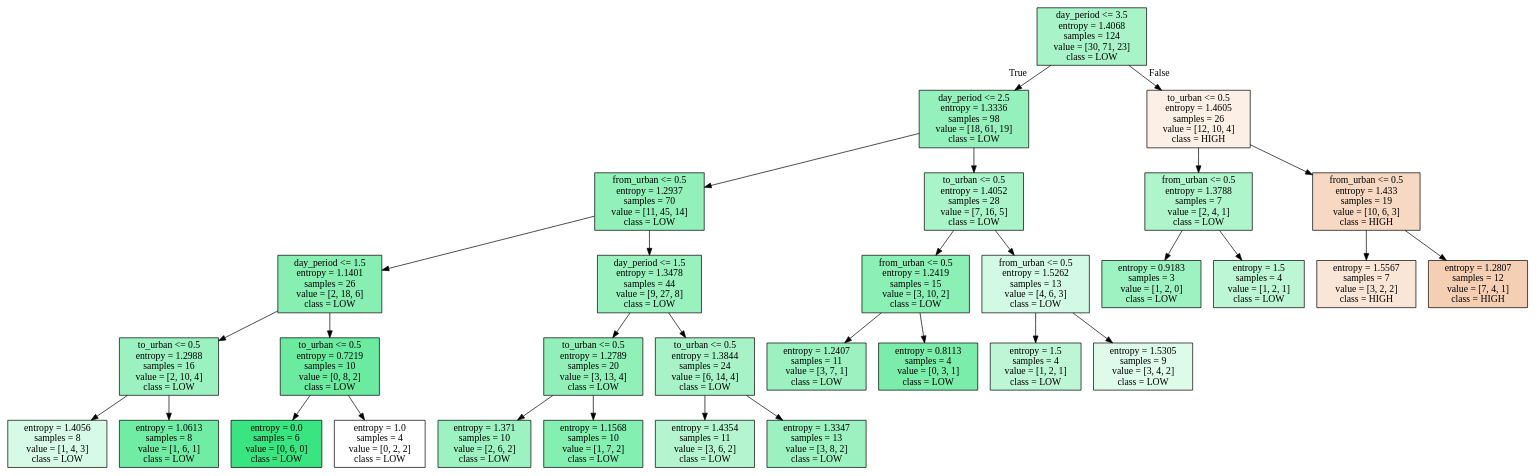
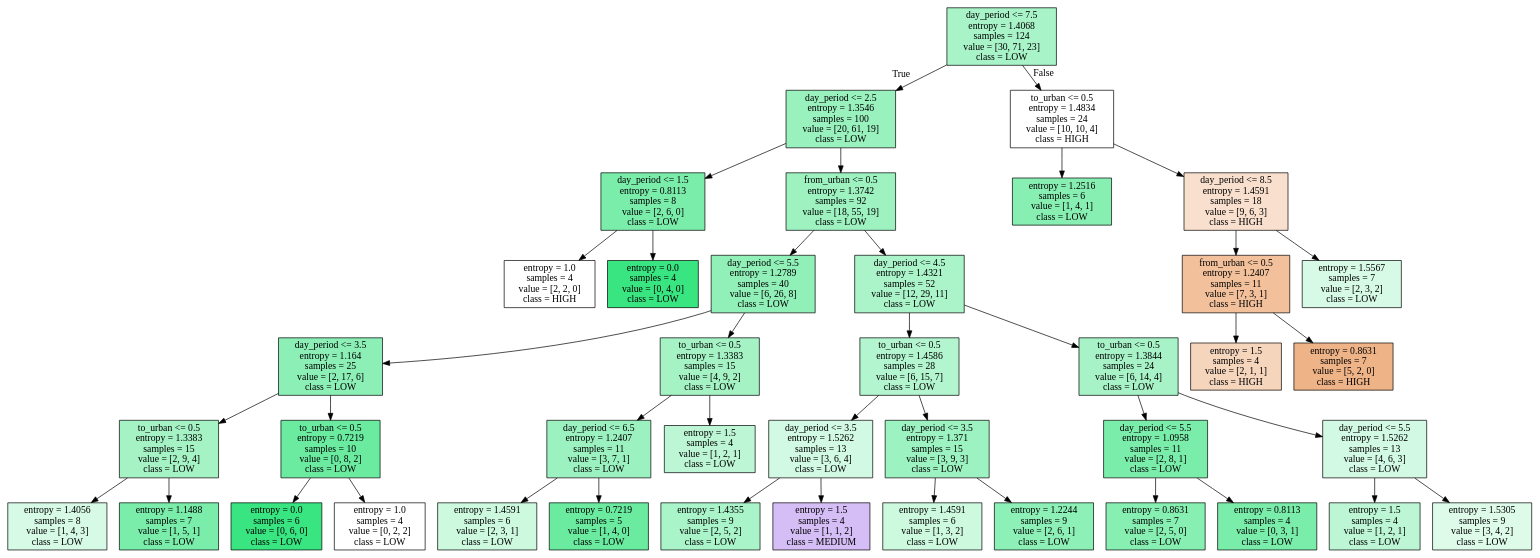
The diagram in SATURDAY_iris.dot (alexdaube/BelgianTrainsOccupancy), drawn with Graphviz before and after one commit. The commit also changed 17 other files, not shown here.

```diff
--- a/SATURDAY_iris.dot
+++ b/SATURDAY_iris.dot
@@ -1,64 +1,84 @@
 digraph Tree {
 node [shape=box, style="filled", color="black"] ;
-0 [label="day_period <= 3.5\nentropy = 1.4068\nsamples = 124\nvalue = [30, 71, 23]\nclass = LOW", fillcolor="#39e5816f"] ;
-1 [label="day_period <= 2.5\nentropy = 1.3336\nsamples = 98\nvalue = [18, 61, 19]\nclass = LOW", fillcolor="#39e58188"] ;
+0 [label="day_period <= 7.5\nentropy = 1.4068\nsamples = 124\nvalue = [30, 71, 23]\nclass = LOW", fillcolor="#39e5816f"] ;
+1 [label="day_period <= 2.5\nentropy = 1.3546\nsamples = 100\nvalue = [20, 61, 19]\nclass = LOW", fillcolor="#39e58183"] ;
 0 -> 1 [labeldistance=2.5, labelangle=45, headlabel="True"] ;
-2 [label="from_urban <= 0.5\nentropy = 1.2937\nsamples = 70\nvalue = [11, 45, 14]\nclass = LOW", fillcolor="#39e5818d"] ;
+2 [label="day_period <= 1.5\nentropy = 0.8113\nsamples = 8\nvalue = [2, 6, 0]\nclass = LOW", fillcolor="#39e581aa"] ;
 1 -> 2 ;
-3 [label="day_period <= 1.5\nentropy = 1.1401\nsamples = 26\nvalue = [2, 18, 6]\nclass = LOW", fillcolor="#39e58199"] ;
+3 [label="entropy = 1.0\nsamples = 4\nvalue = [2, 2, 0]\nclass = HIGH", fillcolor="#e5813900"] ;
 2 -> 3 ;
-4 [label="to_urban <= 0.5\nentropy = 1.2988\nsamples = 16\nvalue = [2, 10, 4]\nclass = LOW", fillcolor="#39e58180"] ;
-3 -> 4 ;
-5 [label="entropy = 1.4056\nsamples = 8\nvalue = [1, 4, 3]\nclass = LOW", fillcolor="#39e58133"] ;
-4 -> 5 ;
-6 [label="entropy = 1.0613\nsamples = 8\nvalue = [1, 6, 1]\nclass = LOW", fillcolor="#39e581b6"] ;
-4 -> 6 ;
-7 [label="to_urban <= 0.5\nentropy = 0.7219\nsamples = 10\nvalue = [0, 8, 2]\nclass = LOW", fillcolor="#39e581bf"] ;
-3 -> 7 ;
-8 [label="entropy = 0.0\nsamples = 6\nvalue = [0, 6, 0]\nclass = LOW", fillcolor="#39e581ff"] ;
+4 [label="entropy = 0.0\nsamples = 4\nvalue = [0, 4, 0]\nclass = LOW", fillcolor="#39e581ff"] ;
+2 -> 4 ;
+5 [label="from_urban <= 0.5\nentropy = 1.3742\nsamples = 92\nvalue = [18, 55, 19]\nclass = LOW", fillcolor="#39e5817e"] ;
+1 -> 5 ;
+6 [label="day_period <= 5.5\nentropy = 1.2789\nsamples = 40\nvalue = [6, 26, 8]\nclass = LOW", fillcolor="#39e5818f"] ;
+5 -> 6 ;
+7 [label="day_period <= 3.5\nentropy = 1.164\nsamples = 25\nvalue = [2, 17, 6]\nclass = LOW", fillcolor="#39e58194"] ;
+6 -> 7 ;
+8 [label="to_urban <= 0.5\nentropy = 1.3383\nsamples = 15\nvalue = [2, 9, 4]\nclass = LOW", fillcolor="#39e58174"] ;
 7 -> 8 ;
-9 [label="entropy = 1.0\nsamples = 4\nvalue = [0, 2, 2]\nclass = LOW", fillcolor="#39e58100"] ;
-7 -> 9 ;
-10 [label="day_period <= 1.5\nentropy = 1.3478\nsamples = 44\nvalue = [9, 27, 8]\nclass = LOW", fillcolor="#39e58183"] ;
-2 -> 10 ;
-11 [label="to_urban <= 0.5\nentropy = 1.2789\nsamples = 20\nvalue = [3, 13, 4]\nclass = LOW", fillcolor="#39e5818f"] ;
-10 -> 11 ;
-12 [label="entropy = 1.371\nsamples = 10\nvalue = [2, 6, 2]\nclass = LOW", fillcolor="#39e5817f"] ;
+9 [label="entropy = 1.4056\nsamples = 8\nvalue = [1, 4, 3]\nclass = LOW", fillcolor="#39e58133"] ;
+8 -> 9 ;
+10 [label="entropy = 1.1488\nsamples = 7\nvalue = [1, 5, 1]\nclass = LOW", fillcolor="#39e581aa"] ;
+8 -> 10 ;
+11 [label="to_urban <= 0.5\nentropy = 0.7219\nsamples = 10\nvalue = [0, 8, 2]\nclass = LOW", fillcolor="#39e581bf"] ;
+7 -> 11 ;
+12 [label="entropy = 0.0\nsamples = 6\nvalue = [0, 6, 0]\nclass = LOW", fillcolor="#39e581ff"] ;
 11 -> 12 ;
-13 [label="entropy = 1.1568\nsamples = 10\nvalue = [1, 7, 2]\nclass = LOW", fillcolor="#39e5819f"] ;
+13 [label="entropy = 1.0\nsamples = 4\nvalue = [0, 2, 2]\nclass = LOW", fillcolor="#39e58100"] ;
 11 -> 13 ;
-14 [label="to_urban <= 0.5\nentropy = 1.3844\nsamples = 24\nvalue = [6, 14, 4]\nclass = LOW", fillcolor="#39e58171"] ;
-10 -> 14 ;
-15 [label="entropy = 1.4354\nsamples = 11\nvalue = [3, 6, 2]\nclass = LOW", fillcolor="#39e58160"] ;
+14 [label="to_urban <= 0.5\nentropy = 1.3383\nsamples = 15\nvalue = [4, 9, 2]\nclass = LOW", fillcolor="#39e58174"] ;
+6 -> 14 ;
+15 [label="day_period <= 6.5\nentropy = 1.2407\nsamples = 11\nvalue = [3, 7, 1]\nclass = LOW", fillcolor="#39e58180"] ;
 14 -> 15 ;
-16 [label="entropy = 1.3347\nsamples = 13\nvalue = [3, 8, 2]\nclass = LOW", fillcolor="#39e58180"] ;
-14 -> 16 ;
-17 [label="to_urban <= 0.5\nentropy = 1.4052\nsamples = 28\nvalue = [7, 16, 5]\nclass = LOW", fillcolor="#39e5816d"] ;
-1 -> 17 ;
-18 [label="from_urban <= 0.5\nentropy = 1.2419\nsamples = 15\nvalue = [3, 10, 2]\nclass = LOW", fillcolor="#39e58195"] ;
-17 -> 18 ;
-19 [label="entropy = 1.2407\nsamples = 11\nvalue = [3, 7, 1]\nclass = LOW", fillcolor="#39e58180"] ;
-18 -> 19 ;
-20 [label="entropy = 0.8113\nsamples = 4\nvalue = [0, 3, 1]\nclass = LOW", fillcolor="#39e581aa"] ;
-18 -> 20 ;
-21 [label="from_urban <= 0.5\nentropy = 1.5262\nsamples = 13\nvalue = [4, 6, 3]\nclass = LOW", fillcolor="#39e58139"] ;
-17 -> 21 ;
-22 [label="entropy = 1.5\nsamples = 4\nvalue = [1, 2, 1]\nclass = LOW", fillcolor="#39e58155"] ;
+16 [label="entropy = 1.4591\nsamples = 6\nvalue = [2, 3, 1]\nclass = LOW", fillcolor="#39e58140"] ;
+15 -> 16 ;
+17 [label="entropy = 0.7219\nsamples = 5\nvalue = [1, 4, 0]\nclass = LOW", fillcolor="#39e581bf"] ;
+15 -> 17 ;
+18 [label="entropy = 1.5\nsamples = 4\nvalue = [1, 2, 1]\nclass = LOW", fillcolor="#39e58155"] ;
+14 -> 18 ;
+19 [label="day_period <= 4.5\nentropy = 1.4321\nsamples = 52\nvalue = [12, 29, 11]\nclass = LOW", fillcolor="#39e5816c"] ;
+5 -> 19 ;
+20 [label="to_urban <= 0.5\nentropy = 1.4586\nsamples = 28\nvalue = [6, 15, 7]\nclass = LOW", fillcolor="#39e58161"] ;
+19 -> 20 ;
+21 [label="day_period <= 3.5\nentropy = 1.5262\nsamples = 13\nvalue = [3, 6, 4]\nclass = LOW", fillcolor="#39e58139"] ;
+20 -> 21 ;
+22 [label="entropy = 1.4355\nsamples = 9\nvalue = [2, 5, 2]\nclass = LOW", fillcolor="#39e5816d"] ;
 21 -> 22 ;
-23 [label="entropy = 1.5305\nsamples = 9\nvalue = [3, 4, 2]\nclass = LOW", fillcolor="#39e5812a"] ;
+23 [label="entropy = 1.5\nsamples = 4\nvalue = [1, 1, 2]\nclass = MEDIUM", fillcolor="#8139e555"] ;
 21 -> 23 ;
-24 [label="to_urban <= 0.5\nentropy = 1.4605\nsamples = 26\nvalue = [12, 10, 4]\nclass = HIGH", fillcolor="#e5813920"] ;
-0 -> 24 [labeldistance=2.5, labelangle=-45, headlabel="False"] ;
-25 [label="from_urban <= 0.5\nentropy = 1.3788\nsamples = 7\nvalue = [2, 4, 1]\nclass = LOW", fillcolor="#39e58166"] ;
+24 [label="day_period <= 3.5\nentropy = 1.371\nsamples = 15\nvalue = [3, 9, 3]\nclass = LOW", fillcolor="#39e5817f"] ;
+20 -> 24 ;
+25 [label="entropy = 1.4591\nsamples = 6\nvalue = [1, 3, 2]\nclass = LOW", fillcolor="#39e58140"] ;
 24 -> 25 ;
-26 [label="entropy = 0.9183\nsamples = 3\nvalue = [1, 2, 0]\nclass = LOW", fillcolor="#39e5817f"] ;
-25 -> 26 ;
-27 [label="entropy = 1.5\nsamples = 4\nvalue = [1, 2, 1]\nclass = LOW", fillcolor="#39e58155"] ;
-25 -> 27 ;
-28 [label="from_urban <= 0.5\nentropy = 1.433\nsamples = 19\nvalue = [10, 6, 3]\nclass = HIGH", fillcolor="#e581394e"] ;
-24 -> 28 ;
-29 [label="entropy = 1.5567\nsamples = 7\nvalue = [3, 2, 2]\nclass = HIGH", fillcolor="#e5813933"] ;
+26 [label="entropy = 1.2244\nsamples = 9\nvalue = [2, 6, 1]\nclass = LOW", fillcolor="#39e58192"] ;
+24 -> 26 ;
+27 [label="to_urban <= 0.5\nentropy = 1.3844\nsamples = 24\nvalue = [6, 14, 4]\nclass = LOW", fillcolor="#39e58171"] ;
+19 -> 27 ;
+28 [label="day_period <= 5.5\nentropy = 1.0958\nsamples = 11\nvalue = [2, 8, 1]\nclass = LOW", fillcolor="#39e581aa"] ;
+27 -> 28 ;
+29 [label="entropy = 0.8631\nsamples = 7\nvalue = [2, 5, 0]\nclass = LOW", fillcolor="#39e58199"] ;
 28 -> 29 ;
-30 [label="entropy = 1.2807\nsamples = 12\nvalue = [7, 4, 1]\nclass = HIGH", fillcolor="#e5813960"] ;
+30 [label="entropy = 0.8113\nsamples = 4\nvalue = [0, 3, 1]\nclass = LOW", fillcolor="#39e581aa"] ;
 28 -> 30 ;
+31 [label="day_period <= 5.5\nentropy = 1.5262\nsamples = 13\nvalue = [4, 6, 3]\nclass = LOW", fillcolor="#39e58139"] ;
+27 -> 31 ;
+32 [label="entropy = 1.5\nsamples = 4\nvalue = [1, 2, 1]\nclass = LOW", fillcolor="#39e58155"] ;
+31 -> 32 ;
+33 [label="entropy = 1.5305\nsamples = 9\nvalue = [3, 4, 2]\nclass = LOW", fillcolor="#39e5812a"] ;
+31 -> 33 ;
+34 [label="to_urban <= 0.5\nentropy = 1.4834\nsamples = 24\nvalue = [10, 10, 4]\nclass = HIGH", fillcolor="#e5813900"] ;
+0 -> 34 [labeldistance=2.5, labelangle=-45, headlabel="False"] ;
+35 [label="entropy = 1.2516\nsamples = 6\nvalue = [1, 4, 1]\nclass = LOW", fillcolor="#39e58199"] ;
+34 -> 35 ;
+36 [label="day_period <= 8.5\nentropy = 1.4591\nsamples = 18\nvalue = [9, 6, 3]\nclass = HIGH", fillcolor="#e5813940"] ;
+34 -> 36 ;
+37 [label="from_urban <= 0.5\nentropy = 1.2407\nsamples = 11\nvalue = [7, 3, 1]\nclass = HIGH", fillcolor="#e5813980"] ;
+36 -> 37 ;
+38 [label="entropy = 1.5\nsamples = 4\nvalue = [2, 1, 1]\nclass = HIGH", fillcolor="#e5813955"] ;
+37 -> 38 ;
+39 [label="entropy = 0.8631\nsamples = 7\nvalue = [5, 2, 0]\nclass = HIGH", fillcolor="#e5813999"] ;
+37 -> 39 ;
+40 [label="entropy = 1.5567\nsamples = 7\nvalue = [2, 3, 2]\nclass = LOW", fillcolor="#39e58133"] ;
+36 -> 40 ;
 }
```
